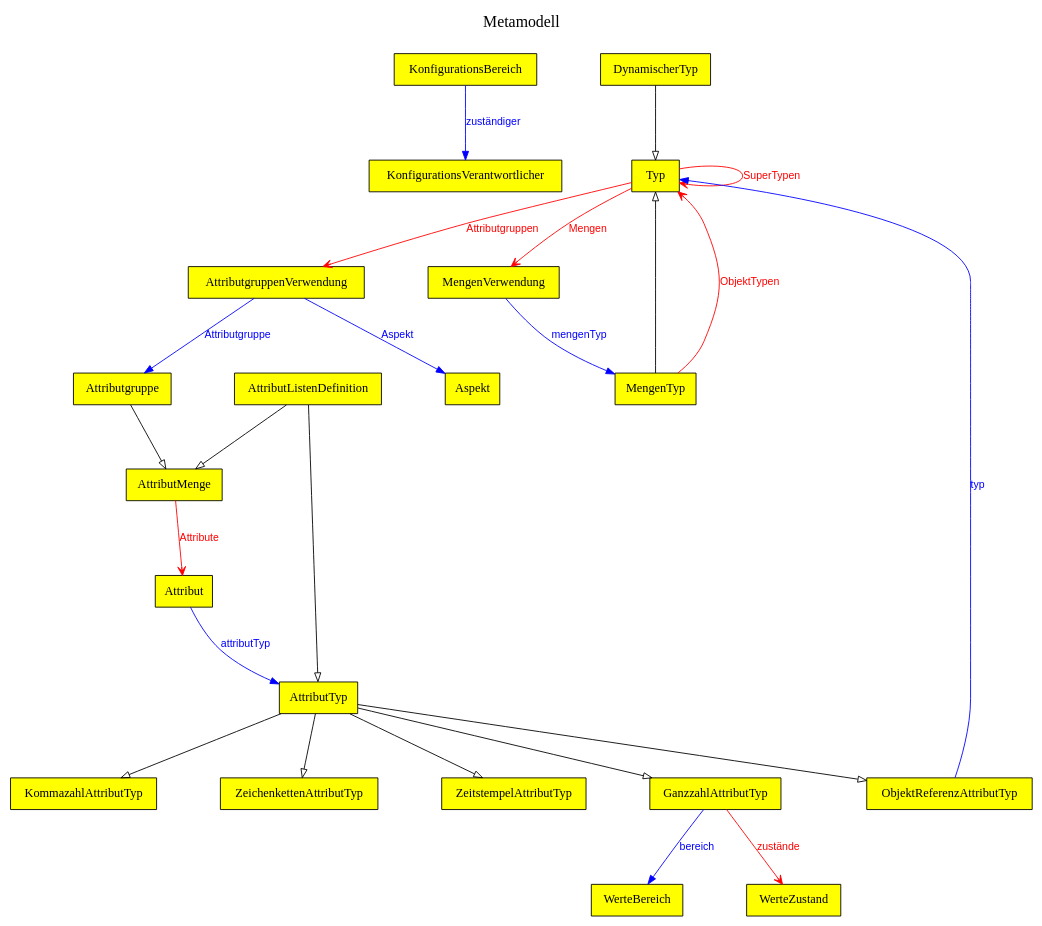
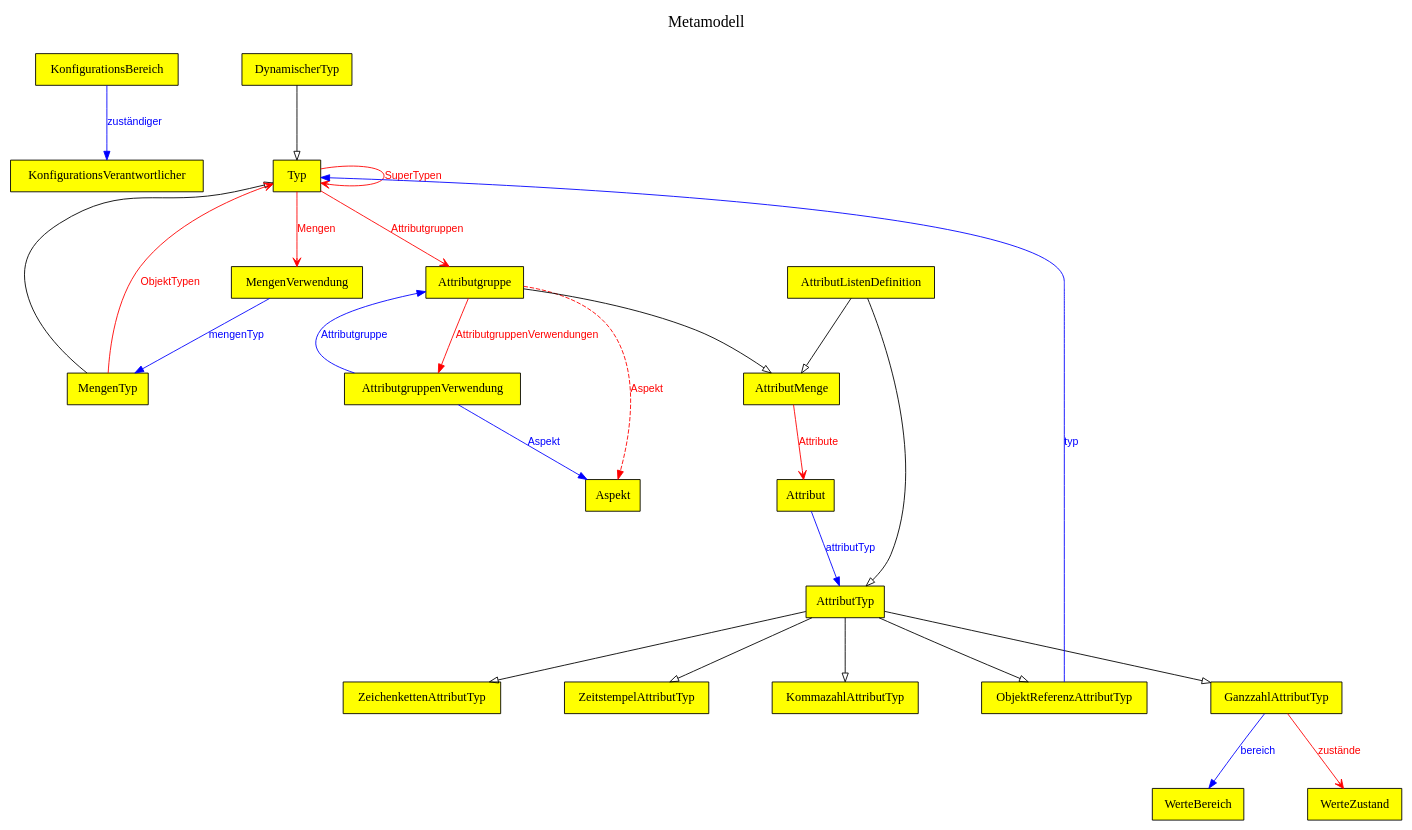
The diagram in src/main/resources/metamodell.dot (falkoschumann/datenverteiler-datenkatalog), drawn with Graphviz before and after one commit.

Commit message:
Metamodell: Diagramm näher an Konfigurationsbereich kb.metaModellGlobal angelehnt

```diff
--- a/src/main/resources/metamodell.dot
+++ b/src/main/resources/metamodell.dot
@@ -1,49 +1,51 @@
 digraph {
 
   fontname="Arial bold" fontsize=18
   label="Metamodell\n\n"
   labelloc=t
 
   graph [ranksep=1 nodesep=1];
   node [fillcolor=yellow shape=rect style=filled fontname="Arial bold" fontsize=14]
   edge [fontname=Arial fontsize=12]
 
   KonfigurationsBereich -> KonfigurationsVerantwortlicher [label=zuständiger color=blue fontcolor=blue]
 
   Typ -> MengenVerwendung [label=Mengen arrowhead=vee color=red fontcolor=red]
   Typ -> Typ [label=SuperTypen arrowhead=vee color=red fontcolor=red]
-  Typ -> AttributgruppenVerwendung [label=Attributgruppen arrowhead=vee color=red fontcolor=red]
+  Typ -> Attributgruppe [label=Attributgruppen arrowhead=vee color=red fontcolor=red]
 
   DynamischerTyp -> Typ [arrowhead=onormal]
 
   MengenVerwendung -> MengenTyp [label=mengenTyp color=blue fontcolor=blue]
 
   MengenTyp -> Typ [arrowhead=onormal]
   MengenTyp -> Typ [label=ObjektTypen arrowhead=vee color=red fontcolor=red]
 
   AttributgruppenVerwendung -> Attributgruppe [label=Attributgruppe color=blue fontcolor=blue]
   AttributgruppenVerwendung -> Aspekt [label=Aspekt color=blue fontcolor=blue]
 
   Attributgruppe -> AttributMenge [arrowhead=onormal]
+  Attributgruppe -> AttributgruppenVerwendung [label=AttributgruppenVerwendungen color=red fontcolor=red]
+  Attributgruppe -> Aspekt [label=Aspekt color=red fontcolor=red style=dashed]
 
   AttributListenDefinition -> AttributTyp [arrowhead=onormal]
   AttributListenDefinition -> AttributMenge [arrowhead=onormal]
 
   AttributMenge -> Attribut [label=Attribute arrowhead=vee color=red fontcolor=red]
 
   Attribut -> AttributTyp [label=attributTyp color=blue fontcolor=blue]
 
   AttributTyp -> GanzzahlAttributTyp [arrowhead=onormal]
   GanzzahlAttributTyp -> WerteBereich [label=bereich color=blue fontcolor=blue]
   GanzzahlAttributTyp -> WerteZustand [label=zustände arrowhead=vee color=red fontcolor=red]
 
   AttributTyp -> KommazahlAttributTyp [arrowhead=onormal]
 
   AttributTyp -> ObjektReferenzAttributTyp [arrowhead=onormal]
   ObjektReferenzAttributTyp -> Typ [label=typ color=blue fontcolor=blue]
 
   AttributTyp -> ZeichenkettenAttributTyp [arrowhead=onormal]
 
   AttributTyp -> ZeitstempelAttributTyp [arrowhead=onormal]
 
 }
```
